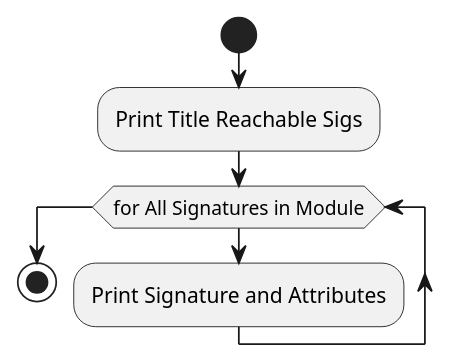
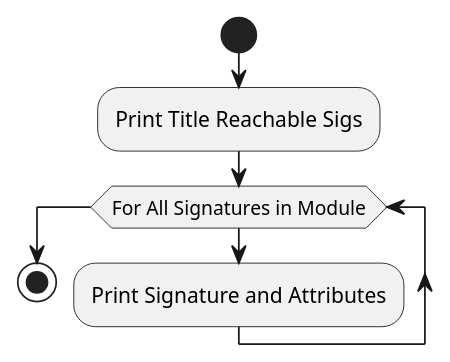
The diagram in src/main/javadoc/edu/gatech/gtri/obm/translator/alloy/doc-files/AlloyUtils_printReachableSigs.puml (ontological-behavior-modeling/tester), drawn with PlantUML before and after one commit. The commit also changed 2 other files, not shown here.

```diff
--- a/src/main/javadoc/edu/gatech/gtri/obm/translator/alloy/doc-files/AlloyUtils_printReachableSigs.puml
+++ b/src/main/javadoc/edu/gatech/gtri/obm/translator/alloy/doc-files/AlloyUtils_printReachableSigs.puml
@@ -1,8 +1,8 @@
 @startuml
 start
 :Print Title Reachable Sigs;
-while(for All Signatures in Module)
+while(For All Signatures in Module)
 :Print Signature and Attributes;
 endwhile
 stop
 @enduml
```
